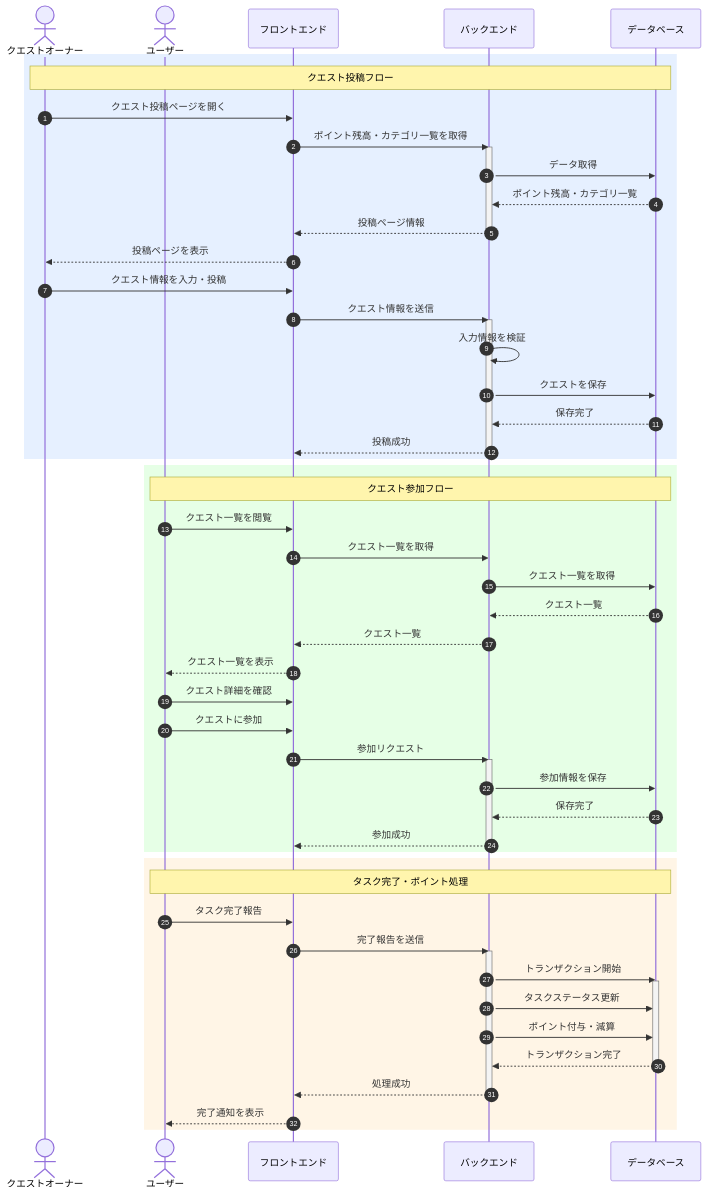
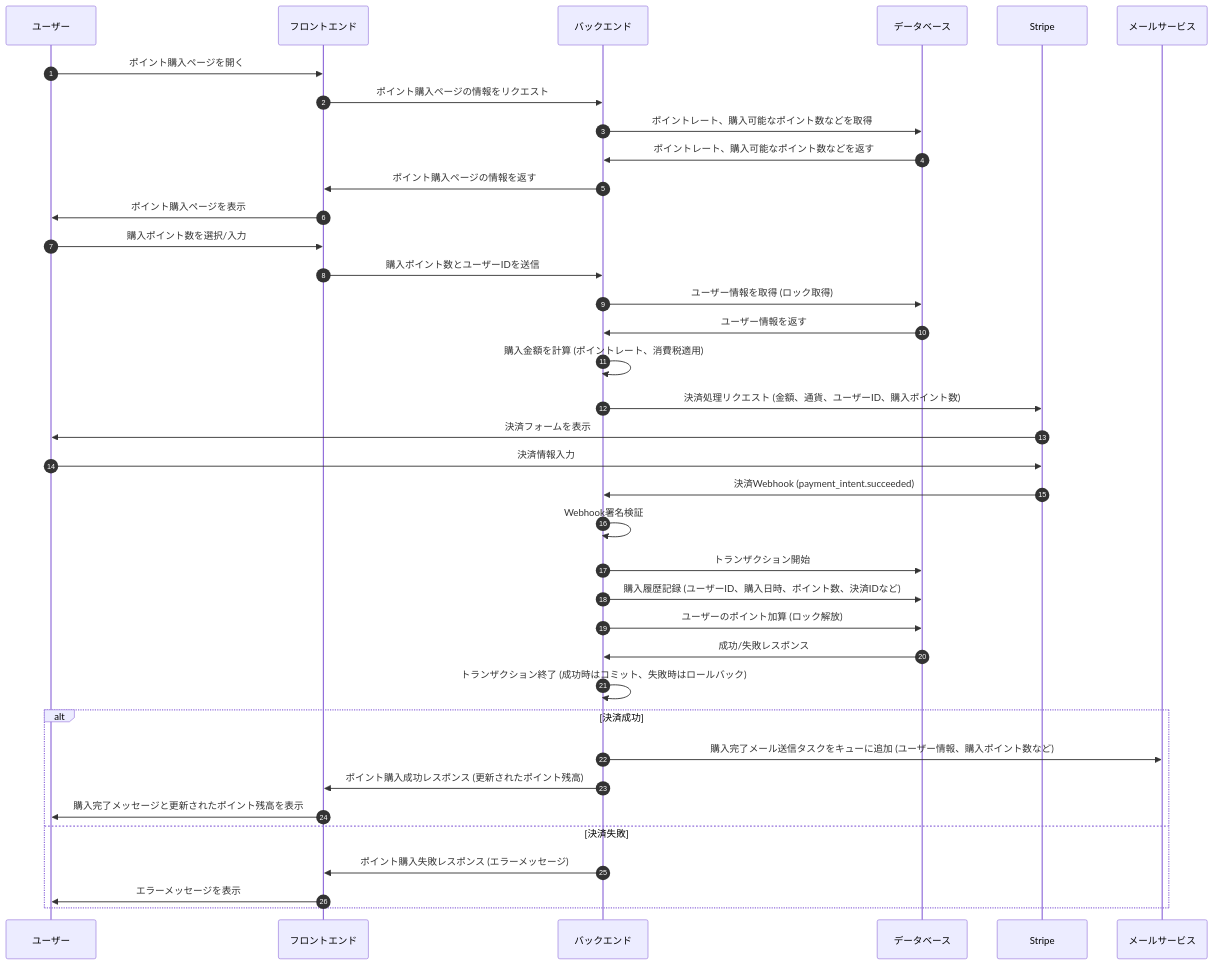
The fourth of 13 diagrams in docs/sequence-diagrams.md (sc-hosokawa/frienda), drawn with Mermaid before and after one commit. The commit also changed other lines of this file, not shown here.

First line of the commit message:
docs: Notion図に合わせてシーケンス図を修正し景品交換フローを追加

````diff
--- a/docs/sequence-diagrams.md
+++ b/docs/sequence-diagrams.md
@@ -113,69 +212,42 @@
 ```mermaid
 sequenceDiagram
     autonumber
 
-    actor Owner as クエストオーナー
-    actor User as ユーザー
+    participant User as ユーザー
     participant Frontend as フロントエンド
     participant Backend as バックエンド
-    participant DB as データベース
+    participant Database as データベース
+    participant Stripe as Stripe
+    participant EmailService as メールサービス
 
-    %% クエスト投稿
-    rect rgb(230, 240, 255)
-    Note over Owner, DB: クエスト投稿フロー
-    Owner->>Frontend: クエスト投稿ページを開く
-    Frontend->>Backend: ポイント残高・カテゴリ一覧を取得
-    activate Backend
-    Backend->>DB: データ取得
-    DB-->>Backend: ポイント残高・カテゴリ一覧
-    Backend-->>Frontend: 投稿ページ情報
-    deactivate Backend
-    Frontend-->>Owner: 投稿ページを表示
+    User->>Frontend: ポイント購入ページを開く
+    Frontend->>Backend: ポイント購入ページの情報をリクエスト
+    Backend->>Database: ポイントレート、購入可能なポイント数などを取得
+    Database->>Backend: ポイントレート、購入可能なポイント数などを返す
+    Backend->>Frontend: ポイント購入ページの情報を返す
+    Frontend->>User: ポイント購入ページを表示
 
-    Owner->>Frontend: クエスト情報を入力・投稿
-    Frontend->>Backend: クエスト情報を送信
-    activate Backend
-    Backend->>Backend: 入力情報を検証
-    Backend->>DB: クエストを保存
-    DB-->>Backend: 保存完了
-    Backend-->>Frontend: 投稿成功
-    deactivate Backend
-    end
-
-    %% クエスト参加
-    rect rgb(230, 255, 230)
-    Note over User, DB: クエスト参加フロー
-    User->>Frontend: クエスト一覧を閲覧
-    Frontend->>Backend: クエスト一覧を取得
-    Backend->>DB: クエスト一覧を取得
-    DB-->>Backend: クエスト一覧
-    Backend-->>Frontend: クエスト一覧
-    Frontend-->>User: クエスト一覧を表示
-
-    User->>Frontend: クエスト詳細を確認
-    User->>Frontend: クエストに参加
-    Frontend->>Backend: 参加リクエスト
-    activate Backend
-    Backend->>DB: 参加情報を保存
-    DB-->>Backend: 保存完了
-    Backend-->>Frontend: 参加成功
-    deactivate Backend
-    end
-
-    %% タスク完了
-    rect rgb(255, 245, 230)
-    Note over User, DB: タスク完了・ポイント処理
-    User->>Frontend: タスク完了報告
-    Frontend->>Backend: 完了報告を送信
-    activate Backend
-    Backend->>DB: トランザクション開始
-    activate DB
-    Backend->>DB: タスクステータス更新
-    Backend->>DB: ポイント付与・減算
-    DB-->>Backend: トランザクション完了
-    deactivate DB
-    Backend-->>Frontend: 処理成功
-    deactivate Backend
-    Frontend-->>User: 完了通知を表示
+    User->>Frontend: 購入ポイント数を選択/入力
+    Frontend->>Backend: 購入ポイント数とユーザーIDを送信
+    Backend->>Database: ユーザー情報を取得 (ロック取得)
+    Database->>Backend: ユーザー情報を返す
+    Backend->>Backend: 購入金額を計算 (ポイントレート、消費税適用)
+    Backend->>Stripe: 決済処理リクエスト (金額、通貨、ユーザーID、購入ポイント数)
+    Stripe->>User: 決済フォームを表示
+    User->>Stripe: 決済情報入力
+    Stripe->>Backend: 決済Webhook (payment_intent.succeeded)
+    Backend->>Backend: Webhook署名検証
+    Backend->>Database: トランザクション開始
+    Backend->>Database: 購入履歴記録 (ユーザーID、購入日時、ポイント数、決済IDなど)
+    Backend->>Database: ユーザーのポイント加算 (ロック解放)
+    Database->>Backend: 成功/失敗レスポンス
+    Backend->>Backend: トランザクション終了 (成功時はコミット、失敗時はロールバック)
+    alt 決済成功
+        Backend->>EmailService: 購入完了メール送信タスクをキューに追加 (ユーザー情報、購入ポイント数など)
+        Backend->>Frontend: ポイント購入成功レスポンス (更新されたポイント残高)
+        Frontend->>User: 購入完了メッセージと更新されたポイント残高を表示
+    else 決済失敗
+        Backend->>Frontend: ポイント購入失敗レスポンス (エラーメッセージ)
+        Frontend->>User: エラーメッセージを表示
     end
 ```
````
